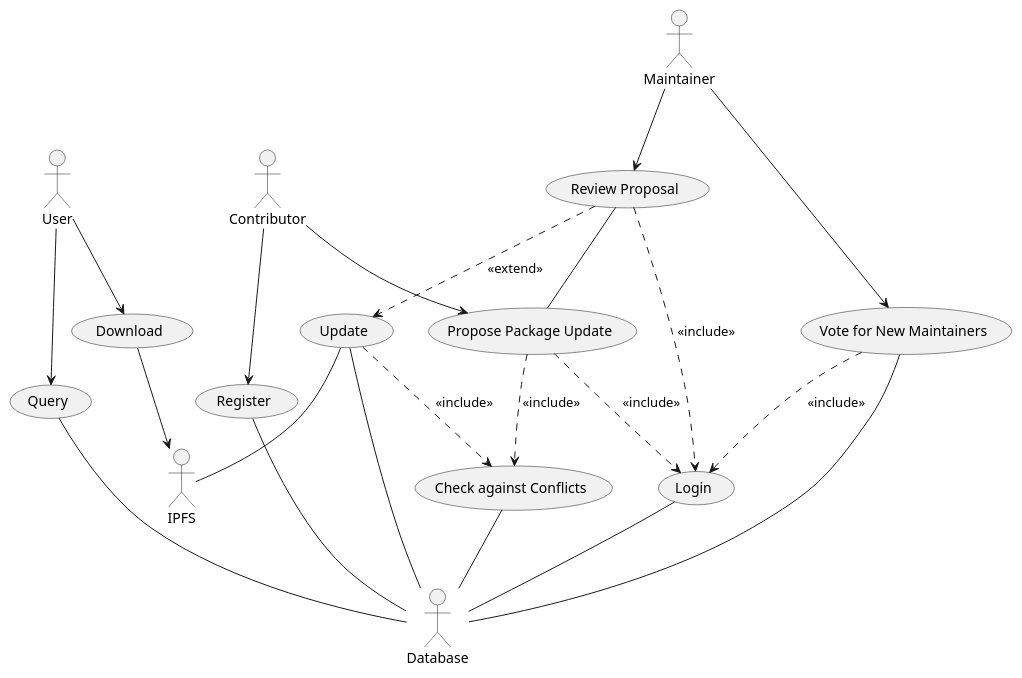
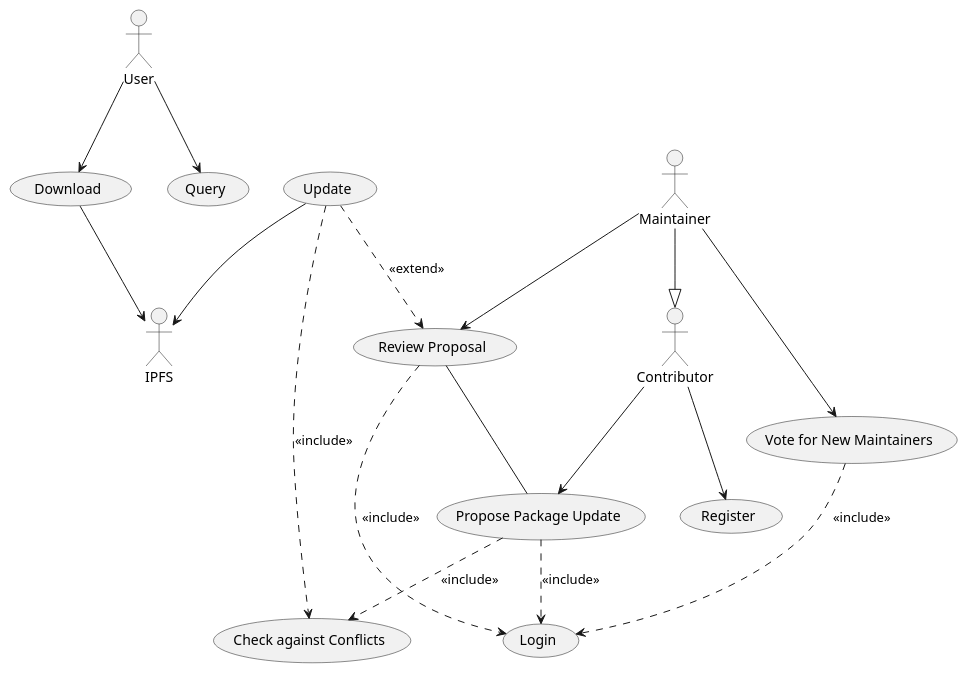
One commit to McSinyx/ipppi changed the diagram in docs/source/requirements/use-case-model.rst. Above: the diagram before and after it, drawn with PlantUML. The commit also changed 1 other file, not shown here.

Commit message:
Update use-case diagram

```diff
--- a/docs/source/requirements/use-case-model.rst
+++ b/docs/source/requirements/use-case-model.rst
@@ -4,47 +4,40 @@
 .. uml::
 
    actor User
    actor Contributor
    actor Maintainer
    actor IPFS
-   actor Database
 
    usecase Download
    usecase Query
 
    usecase Register
    usecase Login
    usecase "Vote for New Maintainers" as Vote
 
    usecase "Propose Package Update" as Propose
    usecase "Check against Conflicts" as Check
    usecase "Review Proposal" as Review
    usecase Update
 
+   User --> Query
    User --> Download
    Download --> IPFS
-
-   User --> Query
-   Query -- Database
-
-   Contributor --> Register
-   Register -- Database
-
-   Contributor --> Propose
-   Propose ..> Login : <<include>>
-   Propose ..> Check : <<include>>
-   Check -- Database
 
    Maintainer --> Review
    Review -- Propose
    Review ..> Login : <<include>>
 
-   Review ..> Update : <<extend>>
+   Update ..> Review : <<extend>>
    Update ..> Check : <<include>>
-   Update -- Database
-   Update -- IPFS
+   Update --> IPFS
 
    Maintainer --> Vote
-   Vote -- Database
    Vote ..> Login : <<include>>
-   Login -- Database
+
+   Maintainer --|> Contributor
+   Contributor --> Register
+
+   Contributor --> Propose
+   Propose ..> Login : <<include>>
+   Propose ..> Check : <<include>>
```
